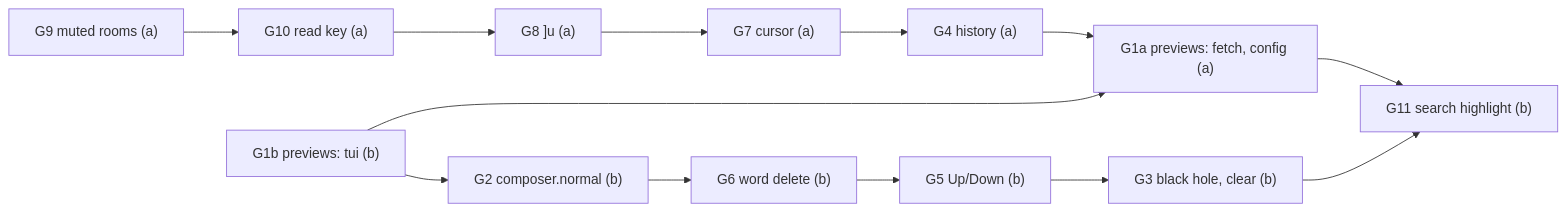
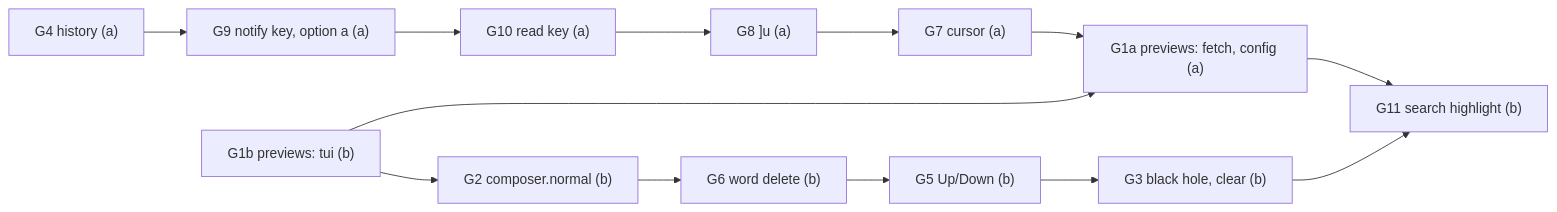
One commit to kisepichu/mxt changed the diagram in docs/superpowers/plans/2026-11-22-owner-work-g.md. Above: the diagram before and after it, drawn with Mermaid. The commit also changed other lines of this file and 1 other file, not shown here.

````diff
--- a/docs/superpowers/plans/2026-11-22-owner-work-g.md
+++ b/docs/superpowers/plans/2026-11-22-owner-work-g.md
@@ -98,7 +103,7 @@
 ```mermaid
 flowchart LR
-  G9["G9 muted rooms (a)"] --> G10["G10 read key (a)"] --> G8["G8 ]u (a)"] --> G7["G7 cursor (a)"] --> G4["G4 history (a)"] --> G1a["G1a previews: fetch, config (a)"]
+  G4["G4 history (a)"] --> G9["G9 notify key, option a (a)"] --> G10["G10 read key (a)"] --> G8["G8 ]u (a)"] --> G7["G7 cursor (a)"] --> G1a["G1a previews: fetch, config (a)"]
   G1b["G1b previews: tui (b)"] --> G2["G2 composer.normal (b)"] --> G6["G6 word delete (b)"] --> G5["G5 Up/Down (b)"] --> G3["G3 black hole, clear (b)"] --> G11["G11 search highlight (b)"]
   G1b --> G1a
   G1a --> G11
 ```
````
